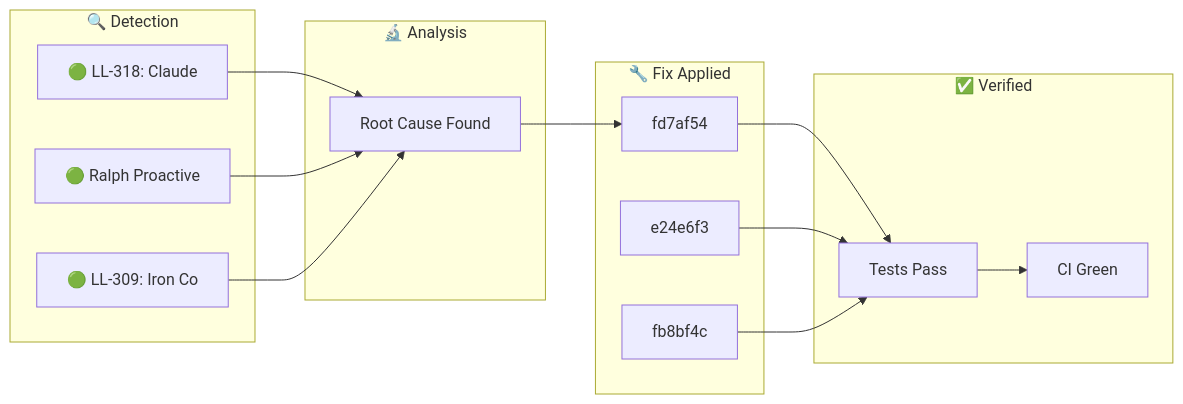
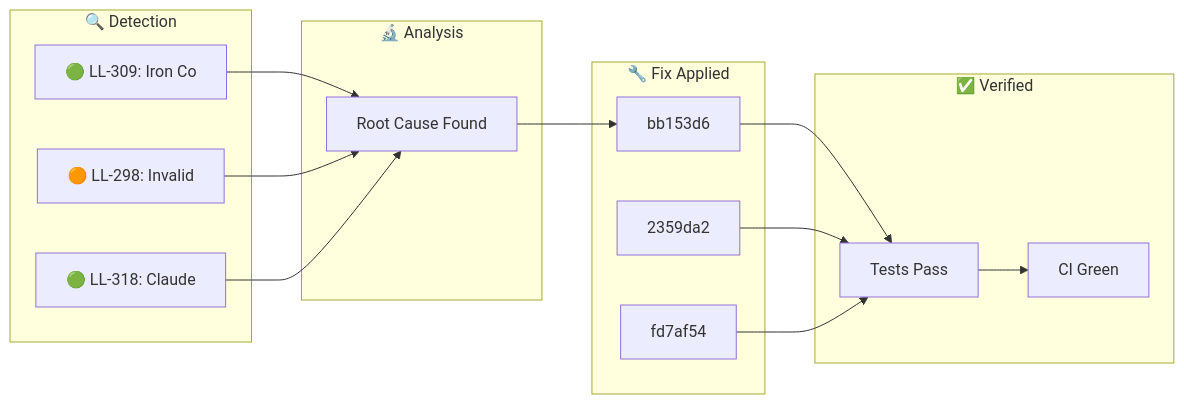
The diagram in docs/_posts/2026-01-28-ralph-discovery.md (YoByron/trading), drawn with Mermaid before and after one commit. The commit also changed other lines of this file, not shown here.

Commit message:
docs(ralph): Auto-publish discovery blog post

````diff
--- a/docs/_posts/2026-01-28-ralph-discovery.md
+++ b/docs/_posts/2026-01-28-ralph-discovery.md
@@ -17,28 +17,28 @@
 ```mermaid
 flowchart LR
     subgraph Detection["🔍 Detection"]
-        D1["🟢 LL-318: Claude "]
-        D2["🟢 Ralph Proactive"]
-        D3["🟢 LL-309: Iron Co"]
+        D1["🟢 LL-309: Iron Co"]
+        D2["🟠 LL-298: Invalid"]
+        D3["🟢 LL-318: Claude "]
     end
     subgraph Analysis["🔬 Analysis"]
         A1["Root Cause Found"]
     end
     subgraph Fix["🔧 Fix Applied"]
-        F1["fd7af54"]
-        F2["e24e6f3"]
-        F3["fb8bf4c"]
+        F1["bb153d6"]
+        F2["2359da2"]
+        F3["fd7af54"]
     end
     subgraph Verify["✅ Verified"]
         V1["Tests Pass"]
         V2["CI Green"]
     end
     D1 --> A1
     D2 --> A1
     D3 --> A1
     A1 --> F1
     F1 --> V1
     F2 --> V1
     F3 --> V1
     V1 --> V2
 ```
````
